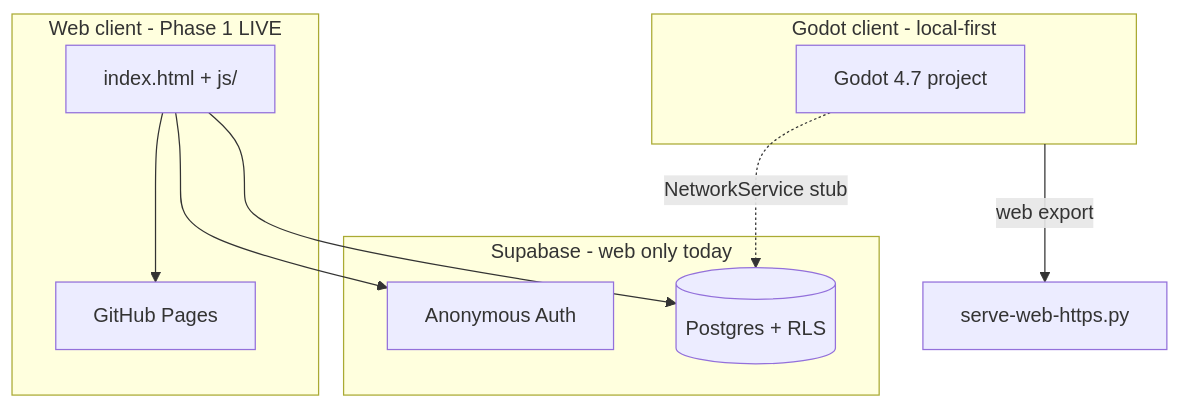
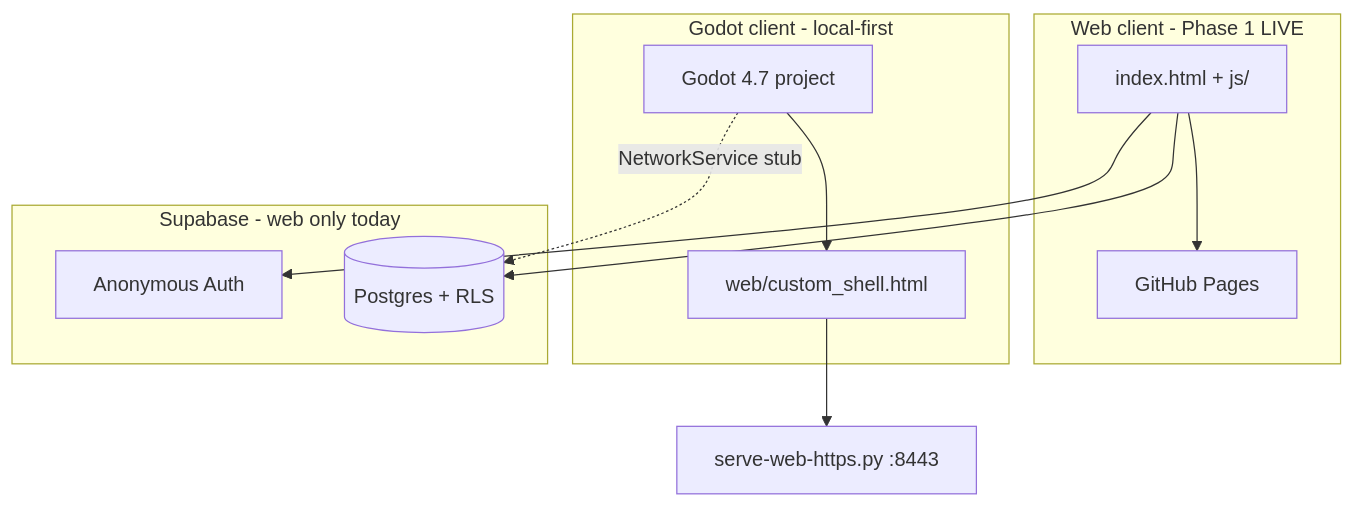
Before and after one commit to melqudsi/Creature: the diagram in README.md, drawn with Mermaid. The commit also changed other lines of this file and 59 other files, not shown here.

First line of the commit message:
Add Godot client with mobile web support and expand agent handoff docs.

````diff
--- a/README.md
+++ b/README.md
@@ -14,22 +14,24 @@
 ```mermaid
 flowchart TB
   subgraph web [Web client - Phase 1 LIVE]
     HTML[index.html + js/]
     Pages[GitHub Pages]
   end
 
   subgraph godot [Godot client - local-first]
     Editor[Godot 4.7 project]
+    Shell[web/custom_shell.html]
   end
 
   subgraph backend [Supabase - web only today]
     Auth[Anonymous Auth]
     PG[(Postgres + RLS)]
   end
 
   HTML --> Pages
   HTML --> Auth
   HTML --> PG
   Editor -.->|NetworkService stub| PG
-  godot -->|web export| HTTPS[serve-web-https.py]
+  Editor --> Shell
+  Shell --> HTTPS[serve-web-https.py :8443]
 ```
````
